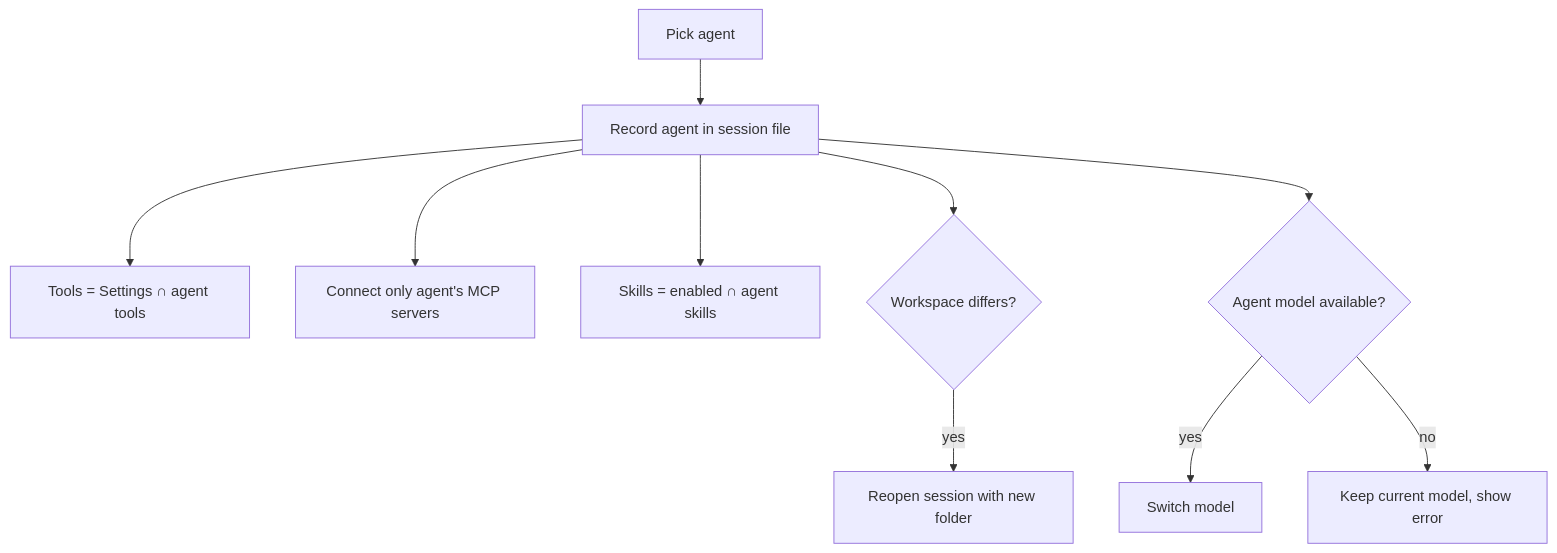
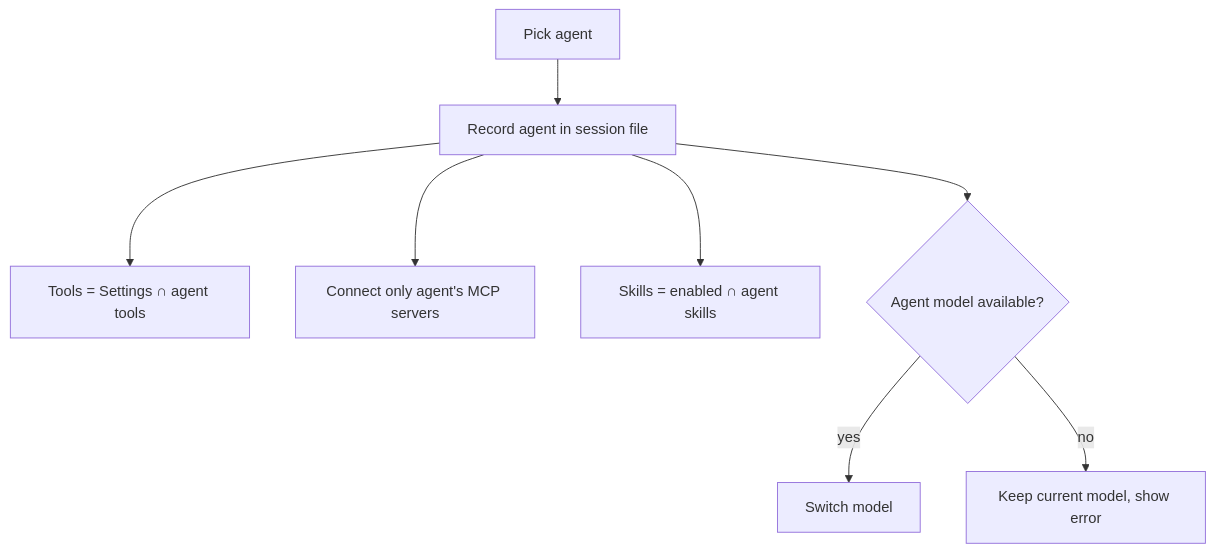
The diagram in docs/project-pdr/use-case-agents.md (pp-techs/pp-agent), drawn with Mermaid before and after one commit. The commit also changed other lines of this file and 36 other files, not shown here.

````diff
--- a/docs/project-pdr/use-case-agents.md
+++ b/docs/project-pdr/use-case-agents.md
@@ -23,12 +23,10 @@
 ```mermaid
 flowchart TD
   P[Pick agent] --> E[Record agent in session file]
   E --> T[Tools = Settings ∩ agent tools]
   E --> M[Connect only agent's MCP servers]
   E --> S[Skills = enabled ∩ agent skills]
-  E --> W{Workspace differs?}
-  W -- yes --> R[Reopen session with new folder]
   E --> MO{Agent model available?}
   MO -- yes --> SW[Switch model]
   MO -- no --> K[Keep current model, show error]
 ```
````
